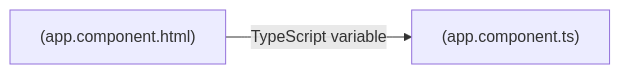
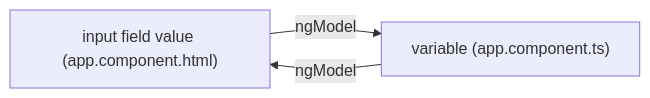
Before and after one commit to andermoran/AngularAdvice: the second of 2 diagrams in README.md, drawn with Mermaid. The commit also changed other lines of this file, not shown here.

Commit message:
README.md updated from https://stackedit.io/

````diff
--- a/README.md
+++ b/README.md
@@ -98,4 +98,6 @@
 ```mermaid
 graph LR
-html["(app.component.html)"] -- TypeScript variable --> ts["(app.component.ts)"]
+html["input field value (app.component.html)"] -- ngModel --> ts["variable (app.component.ts)"]
+ts["variable (app.component.ts)"] -- ngModel --> html["input field value (app.component.html)"]
+
 ```
````
